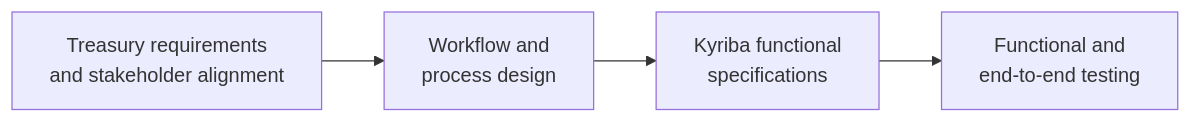
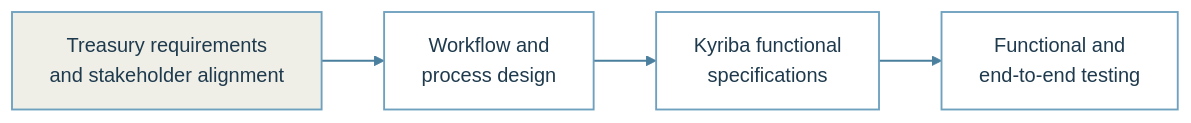
The second of 5 diagrams in kyriba-transformation/report.qmd (sgarciapuga/Work_Portfolio), drawn with Mermaid before and after one commit. The commit also changed other lines of this file and 12 other files, not shown here.

Commit message:
updated mermaid theme colours

````diff
--- a/kyriba-transformation/report.qmd
+++ b/kyriba-transformation/report.qmd
@@ -94,8 +98,14 @@
 ```{mermaid}
 %%| fig-cap: "Requirements-to-solution sequence used for functional design and validation."
 %%| fig-alt: "A sequence from Treasury requirements and stakeholder alignment, to workflow and process design, Kyriba functional specifications, and functional and end-to-end testing."
 flowchart LR
     A[Treasury requirements<br/>and stakeholder alignment] --> B[Workflow and<br/>process design]
     B --> C[Kyriba functional<br/>specifications]
     C --> D[Functional and<br/>end-to-end testing]
+
+    classDef ext fill:#EFEFE8,stroke:#6FA1BF,stroke-width:1.5px,color:#1F3A4D
+    classDef job fill:#FFFFFF,stroke:#6FA1BF,stroke-width:1.5px,color:#1F3A4D
+    class A ext
+    class B,C,D job
+    linkStyle default stroke:#4A7F9E,stroke-width:1.5px
 ```
````
